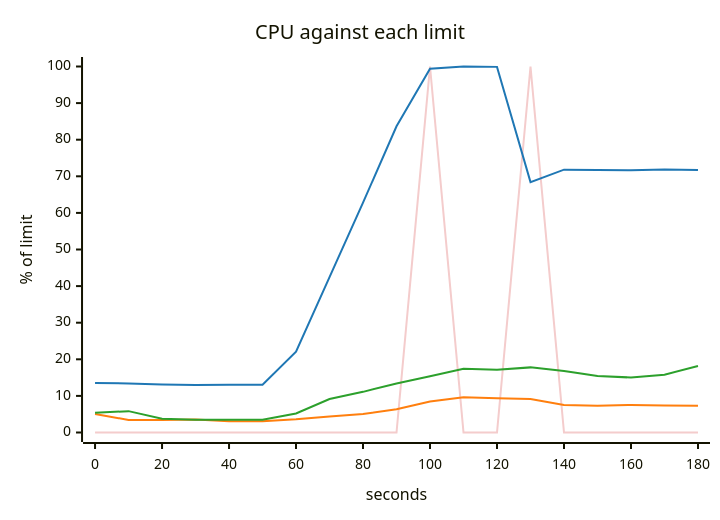
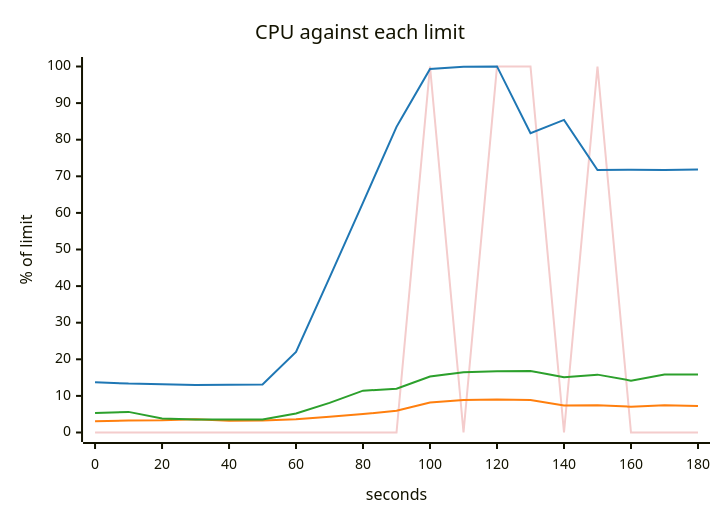
The fifth of 5 diagrams in scenarios/featured-on-hacker-news/solutions/headroom/report.md (akinfemi/load-lore), drawn with Mermaid before and after one commit. The commit also changed other lines of this file and 71 other files, not shown here.

````diff
--- a/scenarios/featured-on-hacker-news/solutions/headroom/report.md
+++ b/scenarios/featured-on-hacker-news/solutions/headroom/report.md
@@ -95,17 +96,17 @@
 ```mermaid
 ---
 config:
   themeVariables:
     xyChart:
       backgroundColor: "transparent"
       plotColorPalette: "#f4cccc, #1f77b4, #ff7f0e, #2ca02c"
 ---
 xychart-beta
     title "CPU against each limit"
     x-axis "seconds" 0 --> 180
     y-axis "% of limit" 0 --> 100
-    line [0, 0, 0, 0, 0, 0, 0, 0, 0, 0, 100, 0, 0, 100, 0, 0, 0, 0, 0]
-    line [13.5, 13.417, 13.119, 12.983, 13.013, 13.038, 22.098, 42.438, 62.791, 83.673, 99.365, 99.999, 99.899, 68.409, 71.817, 71.691, 71.684, 71.882, 71.748]
-    line [5.078, 3.427, 3.401, 3.532, 3.07, 3.103, 3.613, 4.35, 5.071, 6.336, 8.446, 9.631, 9.366, 9.134, 7.521, 7.319, 7.509, 7.375, 7.319]
-    line [5.4, 5.834, 3.742, 3.485, 3.517, 3.488, 5.193, 9.136, 11.107, 13.411, 15.374, 17.405, 17.164, 17.793, 16.809, 15.453, 15.023, 15.804, 18.181]
+    line [0, 0, 0, 0, 0, 0, 0, 0, 0, 0, 100, 0, 100, 100, 0, 100, 0, 0, 0]
+    line [13.737, 13.357, 13.217, 13.001, 13.041, 13.132, 22.017, 42.295, 62.797, 83.512, 99.344, 99.928, 100.023, 81.772, 85.399, 71.722, 71.762, 71.755, 71.853]
+    line [3.069, 3.302, 3.34, 3.648, 3.197, 3.29, 3.629, 4.309, 5.051, 5.935, 8.221, 8.893, 9.027, 8.855, 7.364, 7.474, 7.065, 7.472, 7.251]
+    line [5.343, 5.633, 3.845, 3.568, 3.543, 3.547, 5.177, 8.103, 11.425, 11.946, 15.273, 16.489, 16.711, 16.827, 15.127, 15.811, 14.174, 15.83, 15.858]
 ```
````
